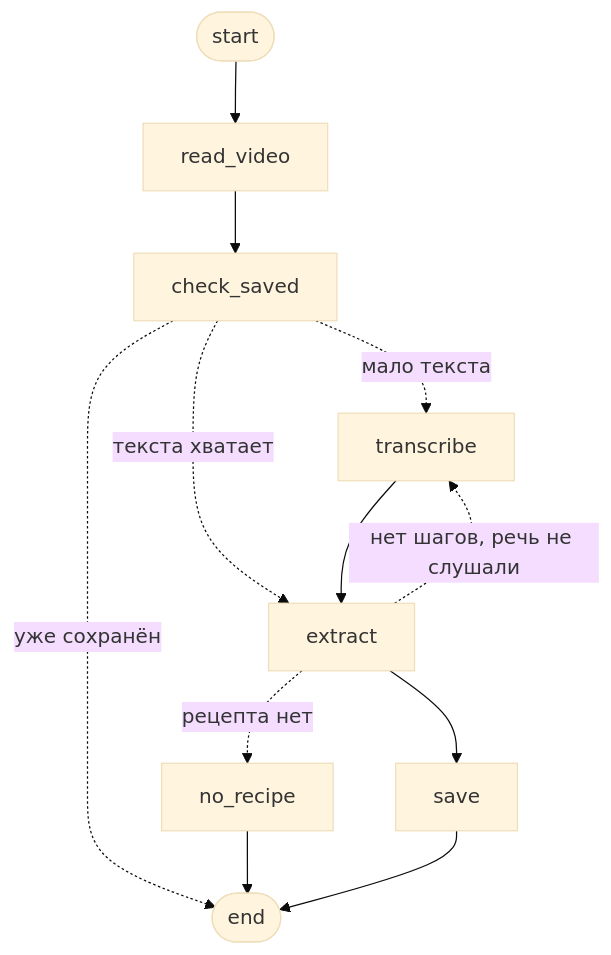
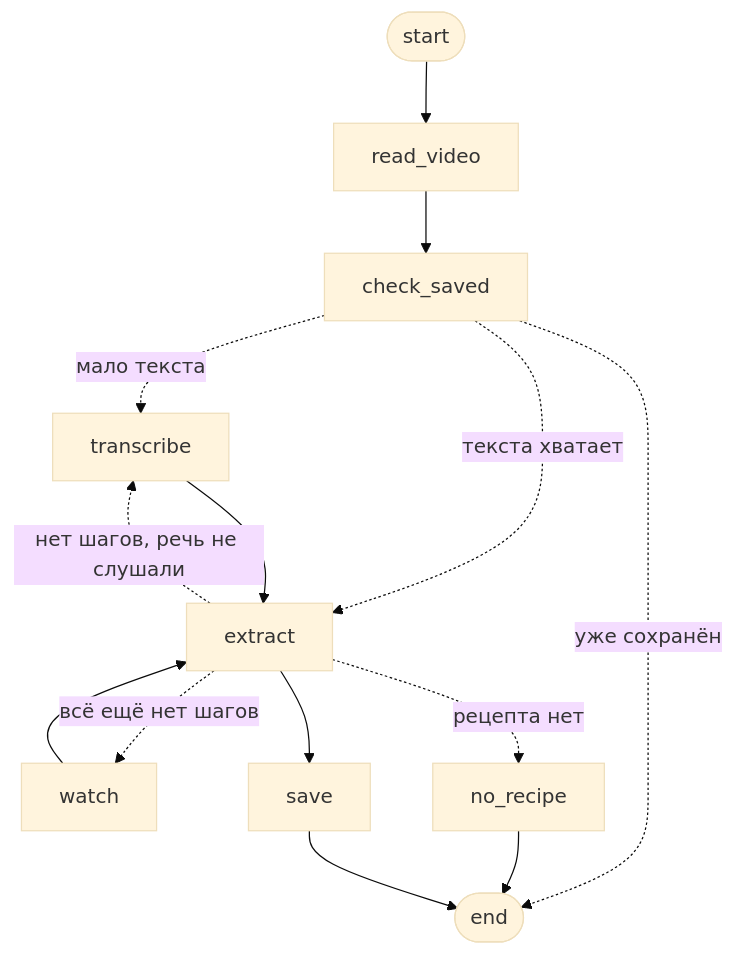
The diagram in README.md (teoofrast/recipe-bot-backend), drawn with Mermaid (base theme) before and after one commit. The commit also changed other lines of this file and 34 other files, not shown here.

````diff
--- a/README.md
+++ b/README.md
@@ -84,14 +85,16 @@
 ```mermaid
 graph TD;
 	__start__([start]) --> read_video;
 	read_video --> check_saved;
 	check_saved -. уже сохранён .-> __end__([end]);
 	check_saved -. мало текста .-> transcribe;
 	check_saved -. текста хватает .-> extract;
 	transcribe --> extract;
 	extract -. нет шагов, речь не слушали .-> transcribe;
+	extract -. всё ещё нет шагов .-> watch;
+	watch --> extract;
 	extract -. рецепта нет .-> no_recipe;
 	extract --> save;
 	no_recipe --> __end__;
 	save --> __end__;
 ```
````
